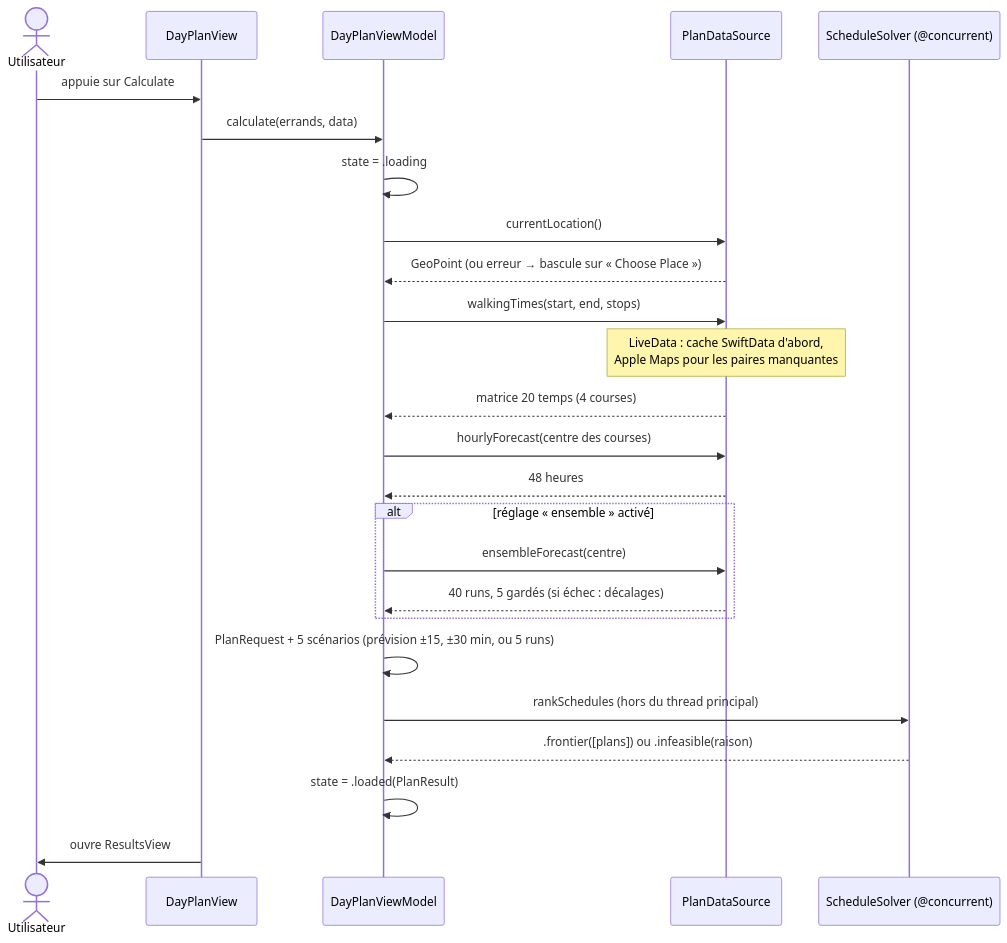
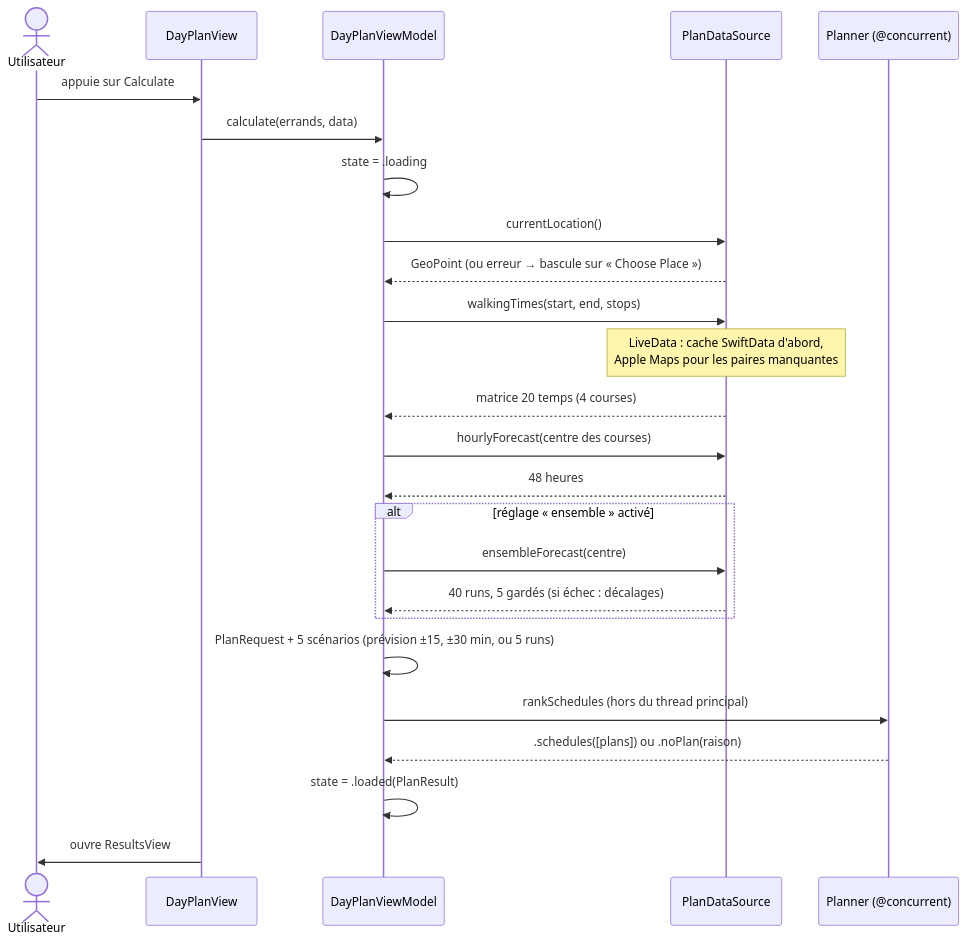
The fifth of 14 diagrams in docs/explication-du-code.md (clembdn/WeatherWindows), drawn with Mermaid before and after one commit. The commit also changed other lines of this file and 240 other files, not shown here.

````diff
--- a/docs/explication-du-code.md
+++ b/docs/explication-du-code.md
@@ -179,28 +259,28 @@
 ```mermaid
 sequenceDiagram
     actor U as Utilisateur
     participant V as DayPlanView
     participant VM as DayPlanViewModel
     participant D as PlanDataSource
-    participant S as ScheduleSolver (@concurrent)
+    participant S as Planner (@concurrent)
 
     U->>V: appuie sur Calculate
     V->>VM: calculate(errands, data)
     VM->>VM: state = .loading
     VM->>D: currentLocation()
     D-->>VM: GeoPoint (ou erreur → bascule sur « Choose Place »)
     VM->>D: walkingTimes(start, end, stops)
     Note over D: LiveData : cache SwiftData d'abord,<br/>Apple Maps pour les paires manquantes
     D-->>VM: matrice 20 temps (4 courses)
     VM->>D: hourlyForecast(centre des courses)
     D-->>VM: 48 heures
     alt réglage « ensemble » activé
         VM->>D: ensembleForecast(centre)
         D-->>VM: 40 runs, 5 gardés (si échec : décalages)
     end
     VM->>VM: PlanRequest + 5 scénarios (prévision ±15, ±30 min, ou 5 runs)
     VM->>S: rankSchedules (hors du thread principal)
-    S-->>VM: .frontier([plans]) ou .infeasible(raison)
+    S-->>VM: .schedules([plans]) ou .noPlan(raison)
     VM->>VM: state = .loaded(PlanResult)
     V->>U: ouvre ResultsView
 ```
````
